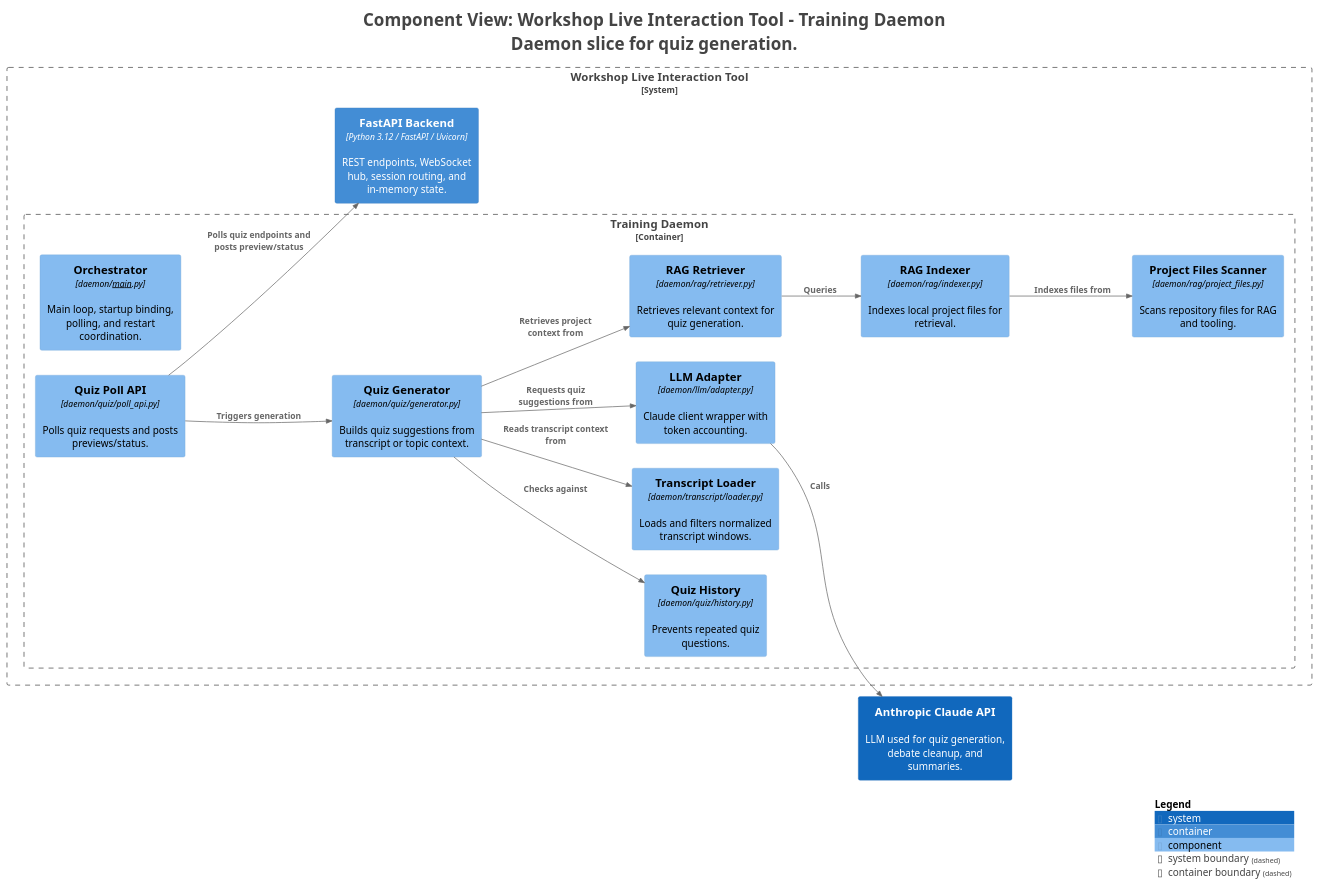
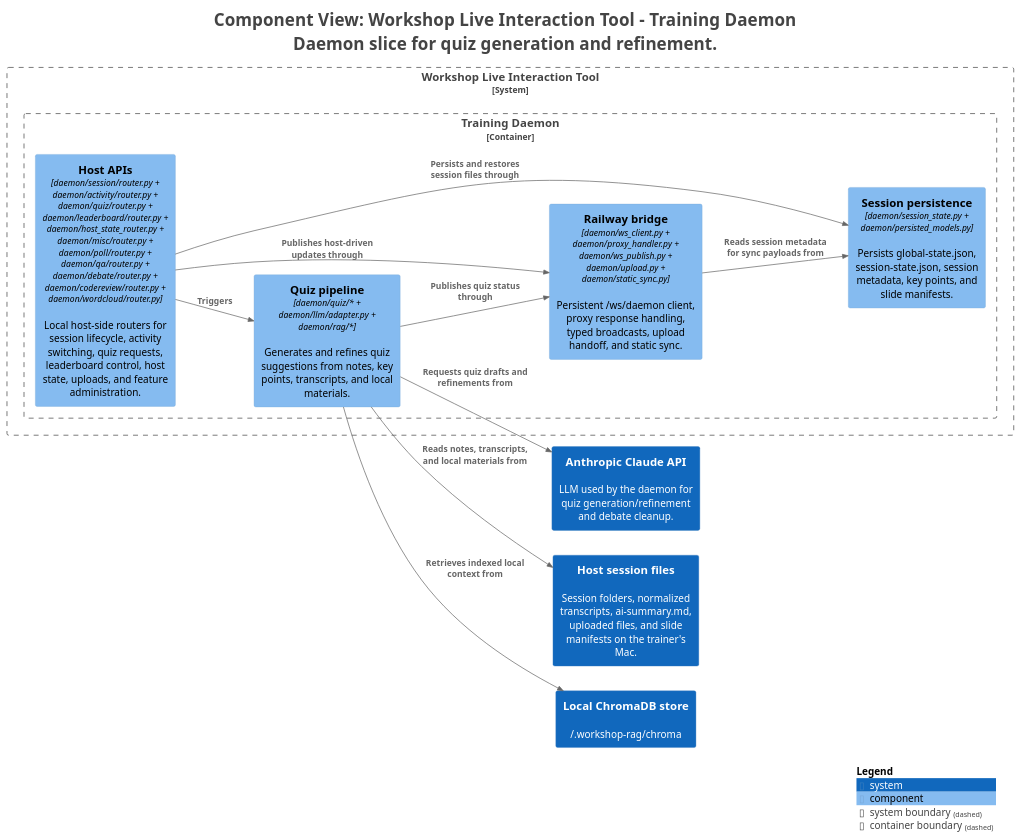
One commit to victorrentea/training-assistant changed the diagram in docs/c4views/structurizr-C3DaemonQuiz.puml. Above: the diagram before and after it, drawn with PlantUML. The commit also changed 26 other files, not shown here.

```diff
--- a/docs/c4views/structurizr-C3DaemonQuiz.puml
+++ b/docs/c4views/structurizr-C3DaemonQuiz.puml
@@ -1,49 +1,43 @@
 @startuml
-title <size:24>Component View: Workshop Live Interaction Tool - Training Daemon</size>\n<size:24>Daemon slice for quiz generation.</size>
+title <size:24>Component View: Workshop Live Interaction Tool - Training Daemon</size>\n<size:24>Daemon slice for quiz generation and refinement.</size>
 
 set separator none
 left to right direction
 
 <style>
   root {
     BackgroundColor: #ffffff
     FontColor: #444444
   }
 </style>
 
 !include <C4/C4>
 !include <C4/C4_Context>
-!include <C4/C4_Container>
 !include <C4/C4_Component>
 
-System(AnthropicClaudeAPI, "Anthropic Claude API", $descr="LLM used for quiz generation, debate cleanup, and summaries.", $tags="", $link="")
+System(AnthropicClaudeAPI, "Anthropic Claude API", $descr="LLM used by the daemon for quiz generation/refinement and debate cleanup.", $tags="", $link="")
+System(Hostsessionfiles, "Host session files", $descr="Session folders, normalized transcripts, ai-summary.md, uploaded files, and slide manifests on the trainer's Mac.", $tags="", $link="")
+System(LocalChromaDBstore, "Local ChromaDB store", $descr="~/.workshop-rag/chroma", $tags="", $link="")
 
 System_Boundary("WorkshopLiveInteractionTool_boundary", "Workshop Live Interaction Tool", $tags="") {
   Container_Boundary("WorkshopLiveInteractionTool.TrainingDaemon_boundary", "Training Daemon", $tags="") {
-    Component(WorkshopLiveInteractionTool.TrainingDaemon.Orchestrator, "Orchestrator", $techn="daemon/__main__.py", $descr="Main loop, startup binding, polling, and restart coordination.", $tags="", $link="")
-    Component(WorkshopLiveInteractionTool.TrainingDaemon.QuizGenerator, "Quiz Generator", $techn="daemon/quiz/generator.py", $descr="Builds quiz suggestions from transcript or topic context.", $tags="", $link="")
-    Component(WorkshopLiveInteractionTool.TrainingDaemon.QuizHistory, "Quiz History", $techn="daemon/quiz/history.py", $descr="Prevents repeated quiz questions.", $tags="", $link="")
-    Component(WorkshopLiveInteractionTool.TrainingDaemon.QuizPollAPI, "Quiz Poll API", $techn="daemon/quiz/poll_api.py", $descr="Polls quiz requests and posts previews/status.", $tags="", $link="")
-    Component(WorkshopLiveInteractionTool.TrainingDaemon.TranscriptLoader, "Transcript Loader", $techn="daemon/transcript/loader.py", $descr="Loads and filters normalized transcript windows.", $tags="", $link="")
-    Component(WorkshopLiveInteractionTool.TrainingDaemon.RAGIndexer, "RAG Indexer", $techn="daemon/rag/indexer.py", $descr="Indexes local project files for retrieval.", $tags="", $link="")
-    Component(WorkshopLiveInteractionTool.TrainingDaemon.RAGRetriever, "RAG Retriever", $techn="daemon/rag/retriever.py", $descr="Retrieves relevant context for quiz generation.", $tags="", $link="")
-    Component(WorkshopLiveInteractionTool.TrainingDaemon.ProjectFilesScanner, "Project Files Scanner", $techn="daemon/rag/project_files.py", $descr="Scans repository files for RAG and tooling.", $tags="", $link="")
-    Component(WorkshopLiveInteractionTool.TrainingDaemon.LLMAdapter, "LLM Adapter", $techn="daemon/llm/adapter.py", $descr="Claude client wrapper with token accounting.", $tags="", $link="")
+    Component(WorkshopLiveInteractionTool.TrainingDaemon.HostAPIs, "Host APIs", $techn="daemon/session/router.py + daemon/activity/router.py + daemon/quiz/router.py + daemon/leaderboard/router.py + daemon/host_state_router.py + daemon/misc/router.py + daemon/poll/router.py + daemon/qa/router.py + daemon/debate/router.py + daemon/codereview/router.py + daemon/wordcloud/router.py", $descr="Local host-side routers for session lifecycle, activity switching, quiz requests, leaderboard control, host state, uploads, and feature administration.", $tags="", $link="")
+    Component(WorkshopLiveInteractionTool.TrainingDaemon.Railwaybridge, "Railway bridge", $techn="daemon/ws_client.py + daemon/proxy_handler.py + daemon/ws_publish.py + daemon/upload.py + daemon/static_sync.py", $descr="Persistent /ws/daemon client, proxy response handling, typed broadcasts, upload handoff, and static sync.", $tags="", $link="")
+    Component(WorkshopLiveInteractionTool.TrainingDaemon.Sessionpersistence, "Session persistence", $techn="daemon/session_state.py + daemon/persisted_models.py", $descr="Persists global-state.json, session-state.json, session metadata, key points, and slide manifests.", $tags="", $link="")
+    Component(WorkshopLiveInteractionTool.TrainingDaemon.Quizpipeline, "Quiz pipeline", $techn="daemon/quiz/* + daemon/llm/adapter.py + daemon/rag/*", $descr="Generates and refines quiz suggestions from notes, key points, transcripts, and local materials.", $tags="", $link="")
   }
 
-  Container(WorkshopLiveInteractionTool.FastAPIBackend, "FastAPI Backend", $techn="Python 3.12 / FastAPI / Uvicorn", $descr="REST endpoints, WebSocket hub, session routing, and in-memory state.", $tags="", $link="")
 }
 
-Rel(WorkshopLiveInteractionTool.TrainingDaemon.QuizPollAPI, WorkshopLiveInteractionTool.FastAPIBackend, "Polls quiz endpoints and posts preview/status", $techn="", $tags="", $link="")
-Rel(WorkshopLiveInteractionTool.TrainingDaemon.QuizPollAPI, WorkshopLiveInteractionTool.TrainingDaemon.QuizGenerator, "Triggers generation", $techn="", $tags="", $link="")
-Rel(WorkshopLiveInteractionTool.TrainingDaemon.QuizGenerator, WorkshopLiveInteractionTool.TrainingDaemon.TranscriptLoader, "Reads transcript context from", $techn="", $tags="", $link="")
-Rel(WorkshopLiveInteractionTool.TrainingDaemon.QuizGenerator, WorkshopLiveInteractionTool.TrainingDaemon.RAGRetriever, "Retrieves project context from", $techn="", $tags="", $link="")
-Rel(WorkshopLiveInteractionTool.TrainingDaemon.QuizGenerator, WorkshopLiveInteractionTool.TrainingDaemon.QuizHistory, "Checks against", $techn="", $tags="", $link="")
-Rel(WorkshopLiveInteractionTool.TrainingDaemon.QuizGenerator, WorkshopLiveInteractionTool.TrainingDaemon.LLMAdapter, "Requests quiz suggestions from", $techn="", $tags="", $link="")
-Rel(WorkshopLiveInteractionTool.TrainingDaemon.RAGIndexer, WorkshopLiveInteractionTool.TrainingDaemon.ProjectFilesScanner, "Indexes files from", $techn="", $tags="", $link="")
-Rel(WorkshopLiveInteractionTool.TrainingDaemon.RAGRetriever, WorkshopLiveInteractionTool.TrainingDaemon.RAGIndexer, "Queries", $techn="", $tags="", $link="")
-Rel(WorkshopLiveInteractionTool.TrainingDaemon.LLMAdapter, AnthropicClaudeAPI, "Calls", $techn="", $tags="", $link="")
+Rel(WorkshopLiveInteractionTool.TrainingDaemon.Quizpipeline, AnthropicClaudeAPI, "Requests quiz drafts and refinements from", $techn="", $tags="", $link="")
+Rel(WorkshopLiveInteractionTool.TrainingDaemon.Quizpipeline, WorkshopLiveInteractionTool.TrainingDaemon.Railwaybridge, "Publishes quiz status through", $techn="", $tags="", $link="")
+Rel(WorkshopLiveInteractionTool.TrainingDaemon.HostAPIs, WorkshopLiveInteractionTool.TrainingDaemon.Railwaybridge, "Publishes host-driven updates through", $techn="", $tags="", $link="")
+Rel(WorkshopLiveInteractionTool.TrainingDaemon.HostAPIs, WorkshopLiveInteractionTool.TrainingDaemon.Sessionpersistence, "Persists and restores session files through", $techn="", $tags="", $link="")
+Rel(WorkshopLiveInteractionTool.TrainingDaemon.HostAPIs, WorkshopLiveInteractionTool.TrainingDaemon.Quizpipeline, "Triggers", $techn="", $tags="", $link="")
+Rel(WorkshopLiveInteractionTool.TrainingDaemon.Railwaybridge, WorkshopLiveInteractionTool.TrainingDaemon.Sessionpersistence, "Reads session metadata for sync payloads from", $techn="", $tags="", $link="")
+Rel(WorkshopLiveInteractionTool.TrainingDaemon.Quizpipeline, Hostsessionfiles, "Reads notes, transcripts, and local materials from", $techn="", $tags="", $link="")
+Rel(WorkshopLiveInteractionTool.TrainingDaemon.Quizpipeline, LocalChromaDBstore, "Retrieves indexed local context from", $techn="", $tags="", $link="")
 
 SHOW_LEGEND(true)
 hide stereotypes
 @enduml
```
